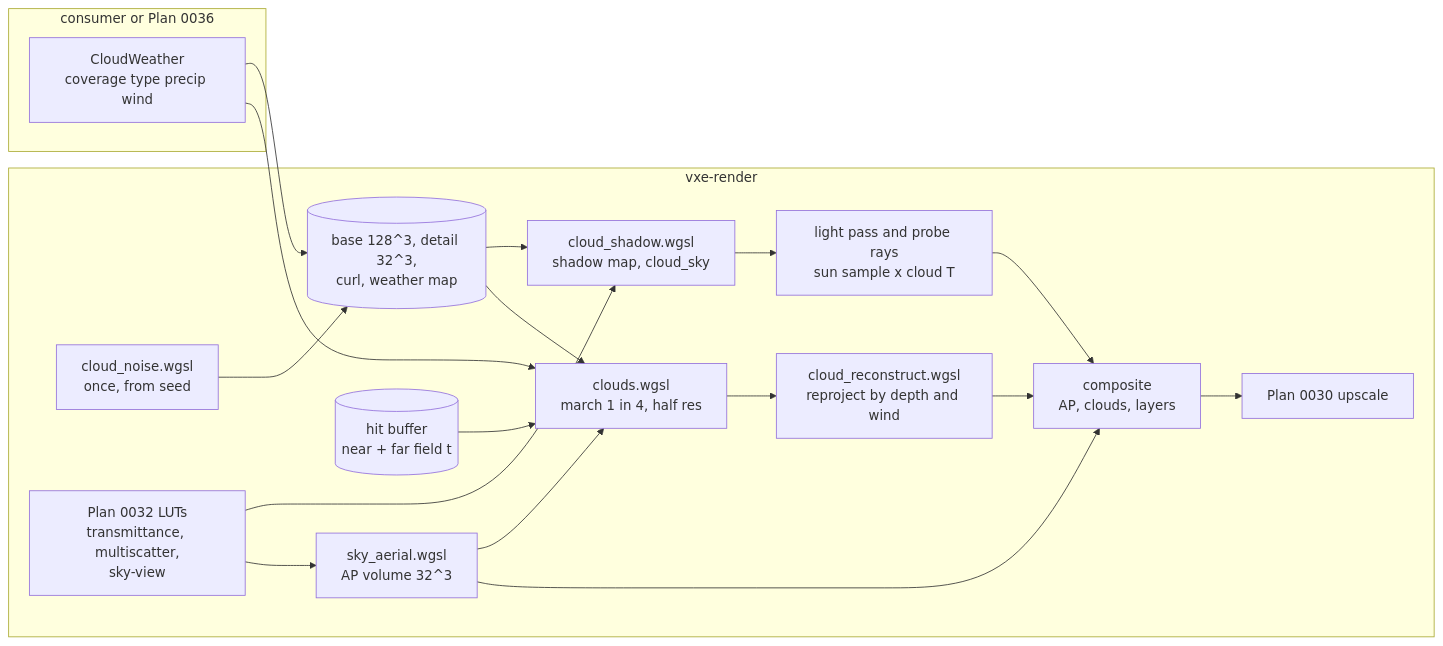
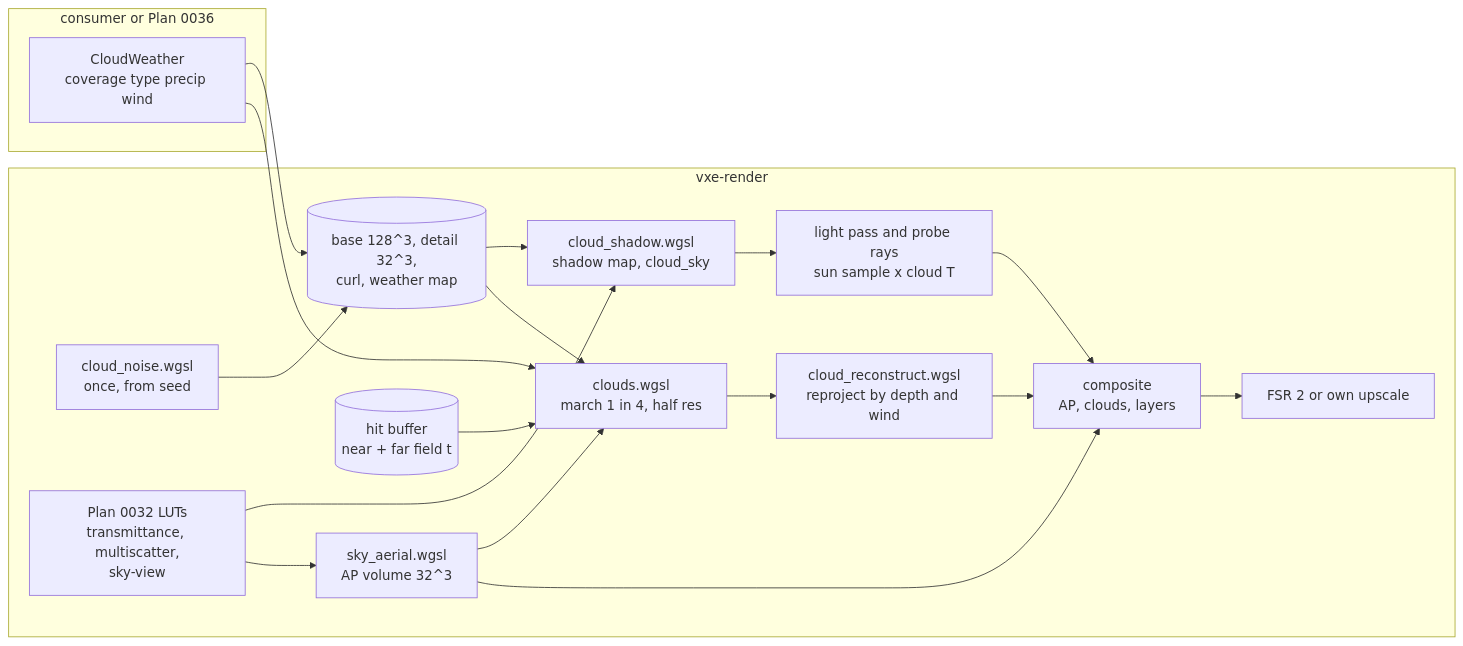
One commit to IgorKonovalov/voxel-engine changed the diagram in docs/plans/0035-aerial-perspective-and-volumetric-clouds-with-cloud-shadows.md. Above: the diagram before and after it, drawn with Mermaid. The commit also changed other lines of this file and 1 other file, not shown here.

First line of the commit message:
docs(plans): amend plan 0035 for FSR 2's history on sky pixels

````diff
--- a/docs/plans/0035-aerial-perspective-and-volumetric-clouds-with-cloud-shadows.md
+++ b/docs/plans/0035-aerial-perspective-and-volumetric-clouds-with-cloud-shadows.md
@@ -202,23 +217,23 @@
 ```mermaid
 flowchart LR
     subgraph game [consumer or Plan 0036]
         WX[CloudWeather\ncoverage type precip wind]
     end
     subgraph render [vxe-render]
         N[cloud_noise.wgsl\nonce, from seed] --> NV[(base 128^3, detail 32^3,\ncurl, weather map)]
         A[Plan 0032 LUTs\ntransmittance, multiscatter,\nsky-view] --> CS
         A --> AP[sky_aerial.wgsl\nAP volume 32^3]
         HB[(hit buffer\nnear + far field t)] --> CM
         NV --> CS[cloud_shadow.wgsl\nshadow map, cloud_sky]
         CS --> L[light pass and probe rays\nsun sample x cloud T]
         NV --> CM[clouds.wgsl\nmarch 1 in 4, half res]
         AP --> CM
         CM --> R[cloud_reconstruct.wgsl\nreproject by depth and wind]
         R --> C[composite\nAP, clouds, layers]
         L --> C
         AP --> C
-        C --> U[Plan 0030 upscale]
+        C --> U[FSR 2 or own upscale]
     end
     WX --> NV
     WX --> CM
 ```
````
